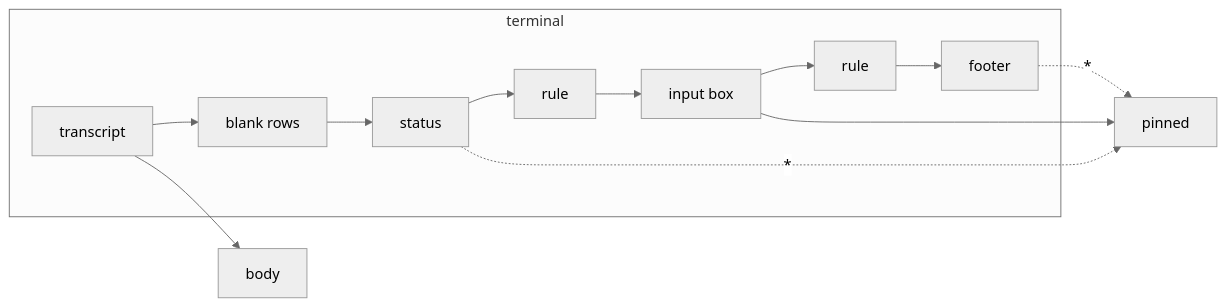
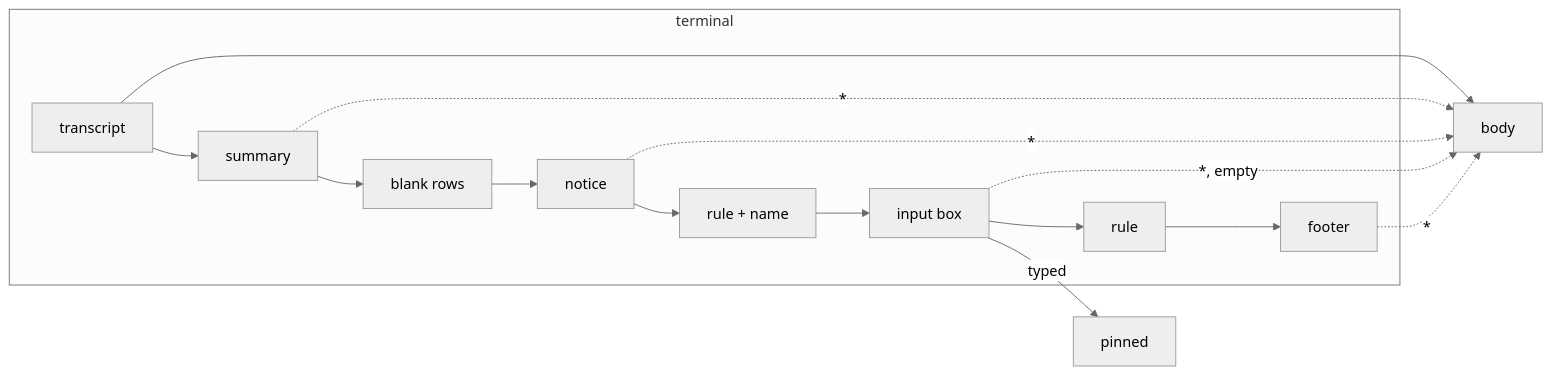
The diagram in docs/features/lenses.md (notmarkopadjen/muxway-midp), drawn with Mermaid (neutral theme) before and after one commit. The commit also changed other lines of this file and 13 other files, not shown here.

````diff
--- a/docs/features/lenses.md
+++ b/docs/features/lenses.md
@@ -90,10 +106,12 @@
 ```mermaid
 flowchart LR
     subgraph terminal
-        T[transcript] --> E[blank rows] --> S[status] --> R1[rule] --> B[input box] --> R2[rule] --> F[footer]
+        T[transcript] --> S[summary] --> E[blank rows] --> N[notice] --> R1[rule + name] --> B[input box] --> R2[rule] --> F[footer]
     end
     T --> body
-    B --> pinned
-    S -. "*" .-> pinned
-    F -. "*" .-> pinned
+    B -- typed --> pinned
+    S -. "*" .-> body
+    N -. "*" .-> body
+    B -. "*, empty" .-> body
+    F -. "*" .-> body
 ```
````
